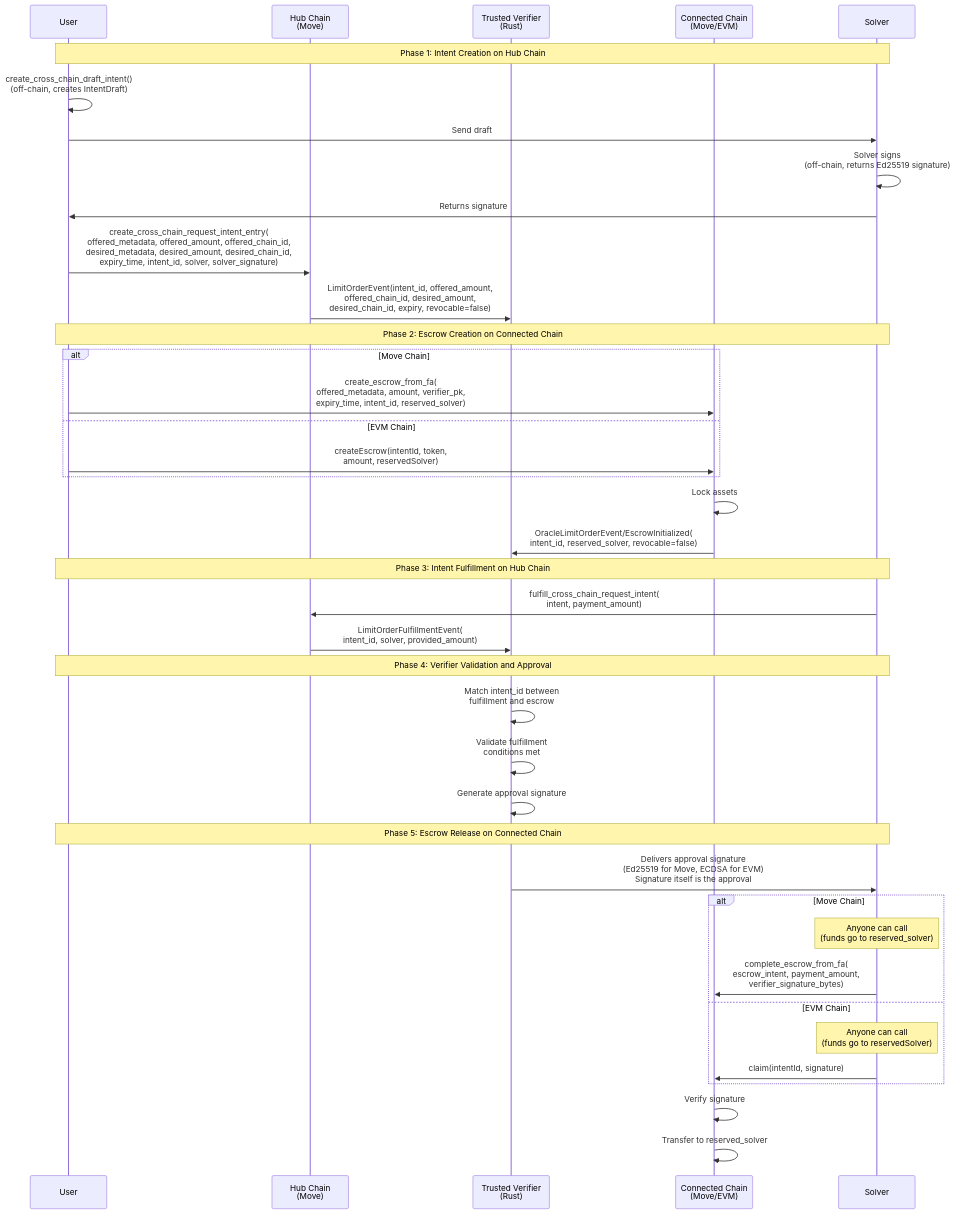
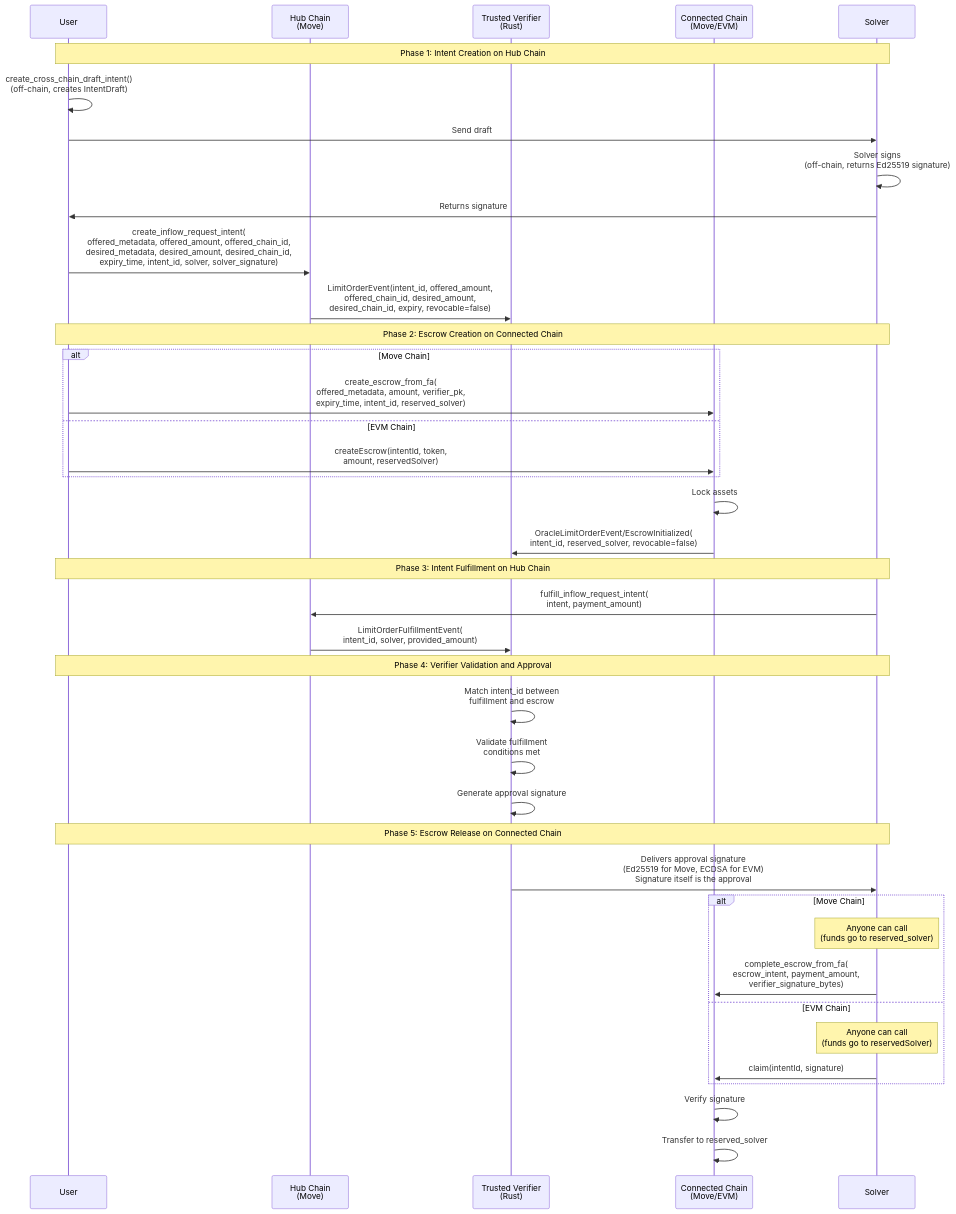
Before and after one commit to movementlabsxyz/intent-framework: the first of 3 diagrams in docs/protocol.md, drawn with Mermaid. The commit also changed other lines of this file and 18 other files, not shown here.

First line of the commit message:
refactor: split cross-chain intents and create outflow module

````diff
--- a/docs/protocol.md
+++ b/docs/protocol.md
@@ -29,46 +29,46 @@
 ```mermaid
 sequenceDiagram
     participant User
     participant Hub as Hub Chain<br/>(Move)
     participant Verifier as Trusted Verifier<br/>(Rust)
     participant Connected as Connected Chain<br/>(Move/EVM)
     participant Solver
 
     Note over User,Solver: Phase 1: Intent Creation on Hub Chain
     User->>User: create_cross_chain_draft_intent()<br/>(off-chain, creates IntentDraft)
     User->>Solver: Send draft
     Solver->>Solver: Solver signs<br/>(off-chain, returns Ed25519 signature)
     Solver->>User: Returns signature
-    User->>Hub: create_cross_chain_request_intent_entry(<br/>offered_metadata, offered_amount, offered_chain_id,<br/>desired_metadata, desired_amount, desired_chain_id,<br/>expiry_time, intent_id, solver, solver_signature)
+    User->>Hub: create_inflow_request_intent(<br/>offered_metadata, offered_amount, offered_chain_id,<br/>desired_metadata, desired_amount, desired_chain_id,<br/>expiry_time, intent_id, solver, solver_signature)
     Hub->>Verifier: LimitOrderEvent(intent_id, offered_amount,<br/>offered_chain_id, desired_amount,<br/>desired_chain_id, expiry, revocable=false)
 
     Note over User,Solver: Phase 2: Escrow Creation on Connected Chain
     alt Move Chain
         User->>Connected: create_escrow_from_fa(<br/>offered_metadata, amount, verifier_pk,<br/>expiry_time, intent_id, reserved_solver)
     else EVM Chain
         User->>Connected: createEscrow(intentId, token,<br/>amount, reservedSolver)
     end
     Connected->>Connected: Lock assets
     Connected->>Verifier: OracleLimitOrderEvent/EscrowInitialized(<br/>intent_id, reserved_solver, revocable=false)
 
     Note over User,Solver: Phase 3: Intent Fulfillment on Hub Chain
-    Solver->>Hub: fulfill_cross_chain_request_intent(<br/>intent, payment_amount)
+    Solver->>Hub: fulfill_inflow_request_intent(<br/>intent, payment_amount)
     Hub->>Verifier: LimitOrderFulfillmentEvent(<br/>intent_id, solver, provided_amount)
 
     Note over User,Solver: Phase 4: Verifier Validation and Approval
     Verifier->>Verifier: Match intent_id between<br/>fulfillment and escrow
     Verifier->>Verifier: Validate fulfillment<br/>conditions met
     Verifier->>Verifier: Generate approval signature
 
     Note over User,Solver: Phase 5: Escrow Release on Connected Chain
     Verifier->>Solver: Delivers approval signature<br/>(Ed25519 for Move, ECDSA for EVM)<br/>Signature itself is the approval
     alt Move Chain
         Note over Solver: Anyone can call<br/>(funds go to reserved_solver)
         Solver->>Connected: complete_escrow_from_fa(<br/>escrow_intent, payment_amount,<br/>verifier_signature_bytes)
     else EVM Chain
         Note over Solver: Anyone can call<br/>(funds go to reservedSolver)
         Solver->>Connected: claim(intentId, signature)
     end
     Connected->>Connected: Verify signature
     Connected->>Connected: Transfer to reserved_solver
 ```
````
